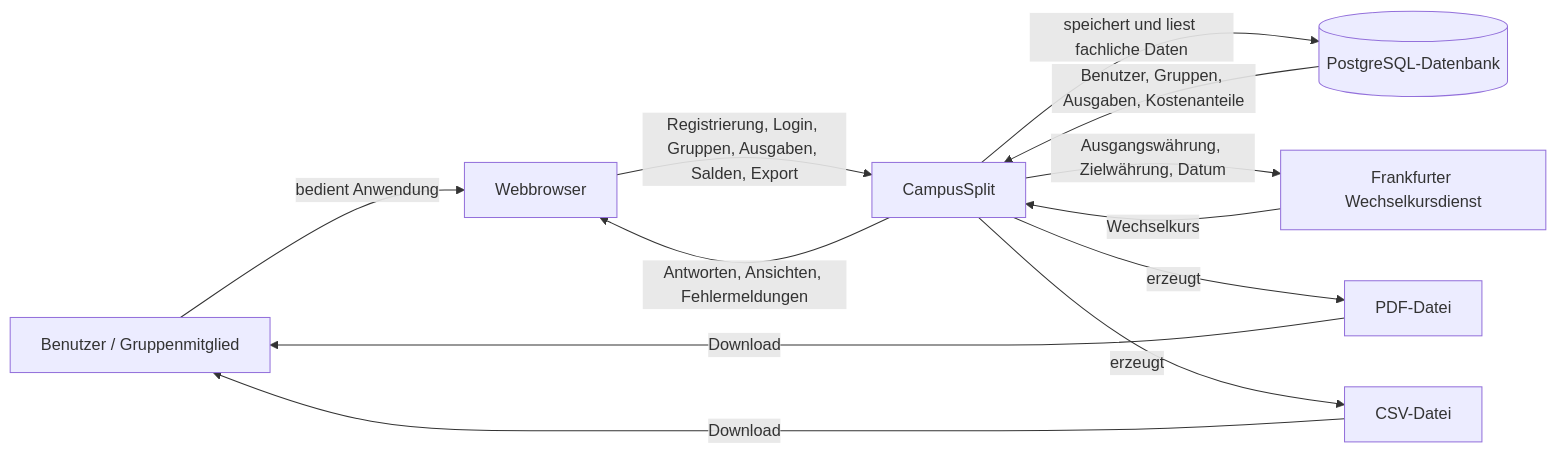
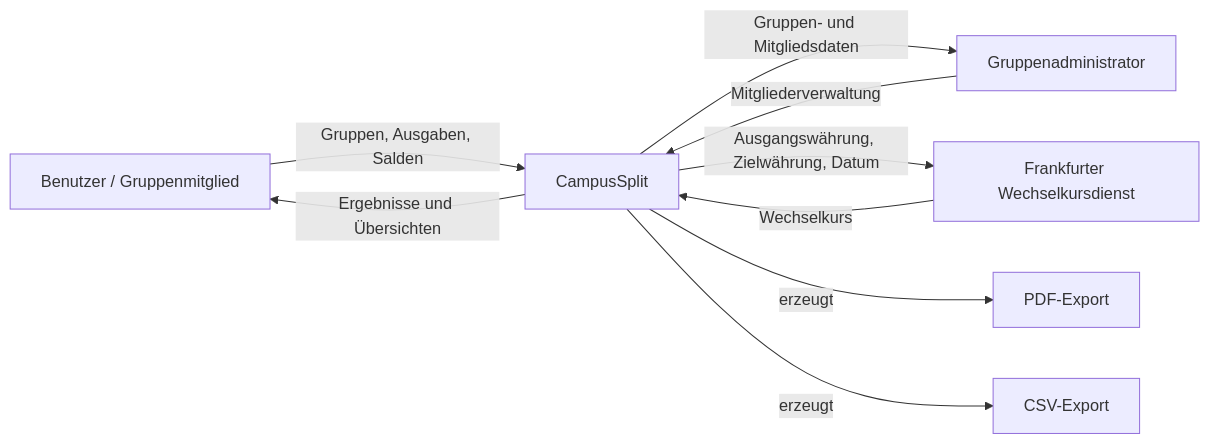
The first of 3 diagrams in Architektur/A03-context-and-scope.md (Bunyamin0101/WK_1106_CampusSplit), drawn with Mermaid before and after one commit. The commit also changed other lines of this file, not shown here.

````diff
--- a/Architektur/A03-context-and-scope.md
+++ b/Architektur/A03-context-and-scope.md
@@ -16,25 +16,21 @@
 ```mermaid
 flowchart LR
     USER[Benutzer / Gruppenmitglied]
-    BROWSER[Webbrowser]
+    ADMIN[Gruppenadministrator]
     CS[CampusSplit]
-    DB[(PostgreSQL-Datenbank)]
     FX[Frankfurter Wechselkursdienst]
-    PDF[PDF-Datei]
-    CSV[CSV-Datei]
+    PDF[PDF-Export]
+    CSV[CSV-Export]
 
-    USER -->|bedient Anwendung| BROWSER
-    BROWSER -->|Registrierung, Login, Gruppen, Ausgaben, Salden, Export| CS
-    CS -->|Antworten, Ansichten, Fehlermeldungen| BROWSER
+    USER -->|Gruppen, Ausgaben, Salden| CS
+    CS -->|Ergebnisse und Übersichten| USER
 
-    CS -->|speichert und liest fachliche Daten| DB
-    DB -->|Benutzer, Gruppen, Ausgaben, Kostenanteile| CS
+    ADMIN -->|Mitgliederverwaltung| CS
+    CS -->|Gruppen- und Mitgliedsdaten| ADMIN
 
     CS -->|Ausgangswährung, Zielwährung, Datum| FX
     FX -->|Wechselkurs| CS
 
     CS -->|erzeugt| PDF
     CS -->|erzeugt| CSV
-    PDF -->|Download| USER
-    CSV -->|Download| USER
 ```
````
